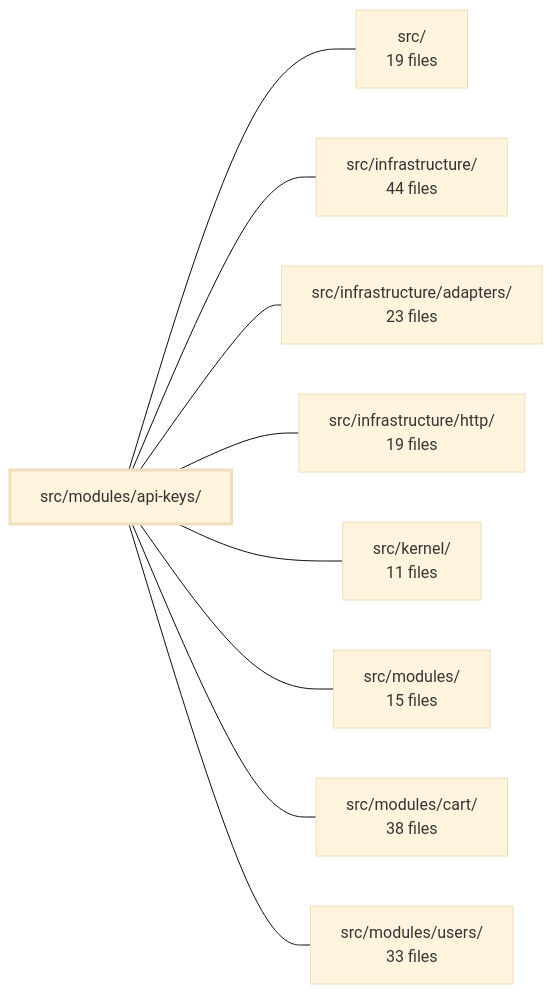
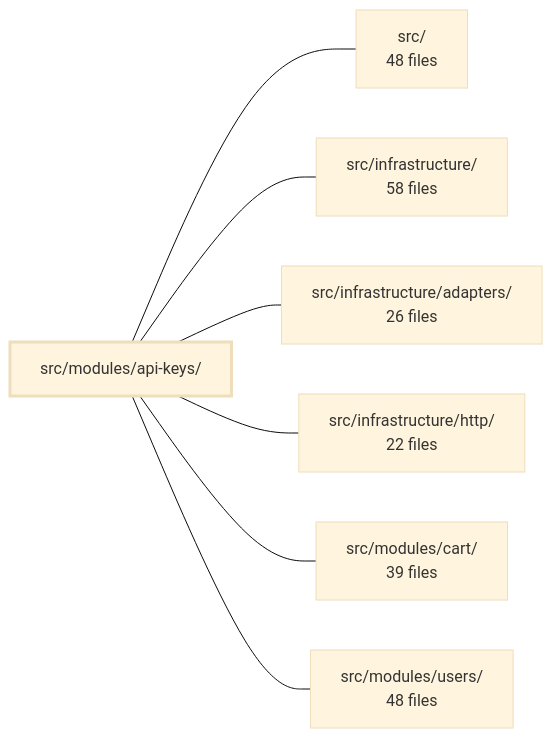
One commit to Guebbit/boilerplate-node-backend changed the diagram in .2brain/modules/boilerplate-node-backend_src_modules_api-keys.md. Above: the diagram before and after it, drawn with Mermaid (base theme). The commit also changed other lines of this file and 187 other files, not shown here.

````diff
--- a/.2brain/modules/boilerplate-node-backend_src_modules_api-keys.md
+++ b/.2brain/modules/boilerplate-node-backend_src_modules_api-keys.md
@@ -38,21 +40,17 @@
 ```mermaid
 flowchart LR
     m_src_modules_api_keys["src/modules/api-keys/"]
-    m_src["src/<br/>19 files"]
-    m_src_infrastructure["src/infrastructure/<br/>44 files"]
-    m_src_infrastructure_adapters["src/infrastructure/adapters/<br/>23 files"]
-    m_src_infrastructure_http["src/infrastructure/http/<br/>19 files"]
-    m_src_kernel["src/kernel/<br/>11 files"]
-    m_src_modules["src/modules/<br/>15 files"]
-    m_src_modules_cart["src/modules/cart/<br/>38 files"]
-    m_src_modules_users["src/modules/users/<br/>33 files"]
+    m_src["src/<br/>48 files"]
+    m_src_infrastructure["src/infrastructure/<br/>58 files"]
+    m_src_infrastructure_adapters["src/infrastructure/adapters/<br/>26 files"]
+    m_src_infrastructure_http["src/infrastructure/http/<br/>22 files"]
+    m_src_modules_cart["src/modules/cart/<br/>39 files"]
+    m_src_modules_users["src/modules/users/<br/>48 files"]
     m_src_modules_api_keys --- m_src
     m_src_modules_api_keys --- m_src_infrastructure
     m_src_modules_api_keys --- m_src_infrastructure_adapters
     m_src_modules_api_keys --- m_src_infrastructure_http
-    m_src_modules_api_keys --- m_src_kernel
-    m_src_modules_api_keys --- m_src_modules
     m_src_modules_api_keys --- m_src_modules_cart
     m_src_modules_api_keys --- m_src_modules_users
     style m_src_modules_api_keys stroke-width:3px
 ```
````
